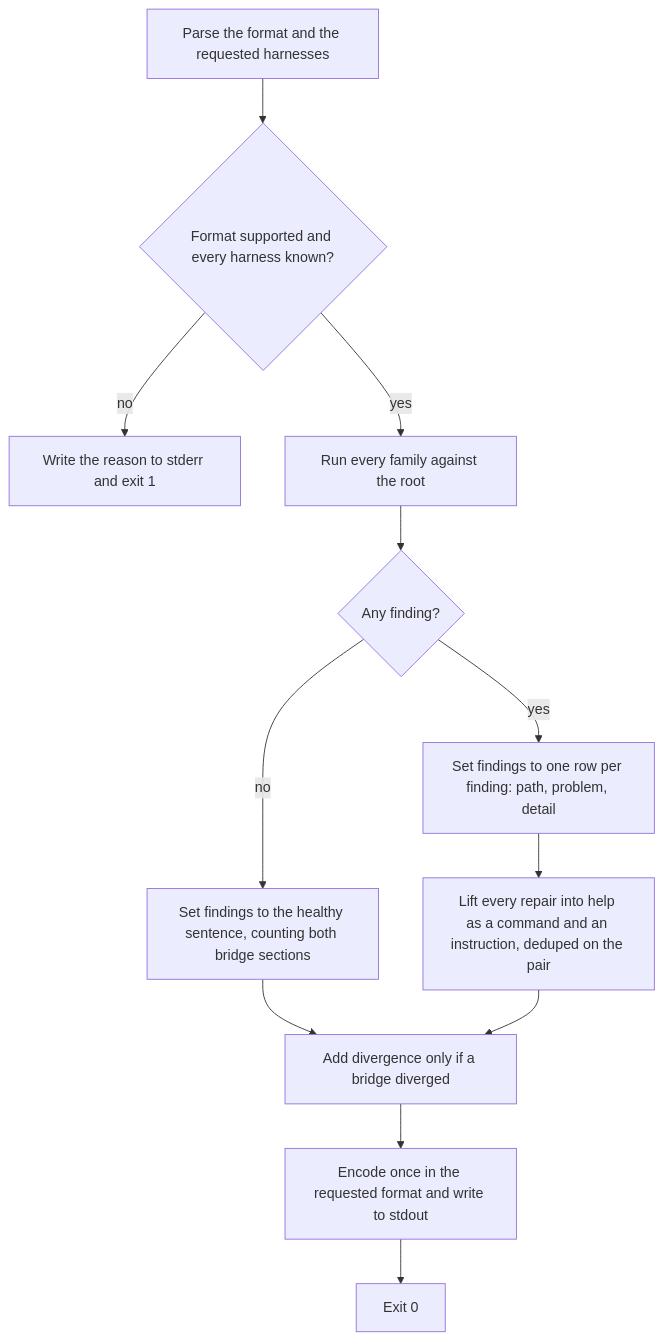
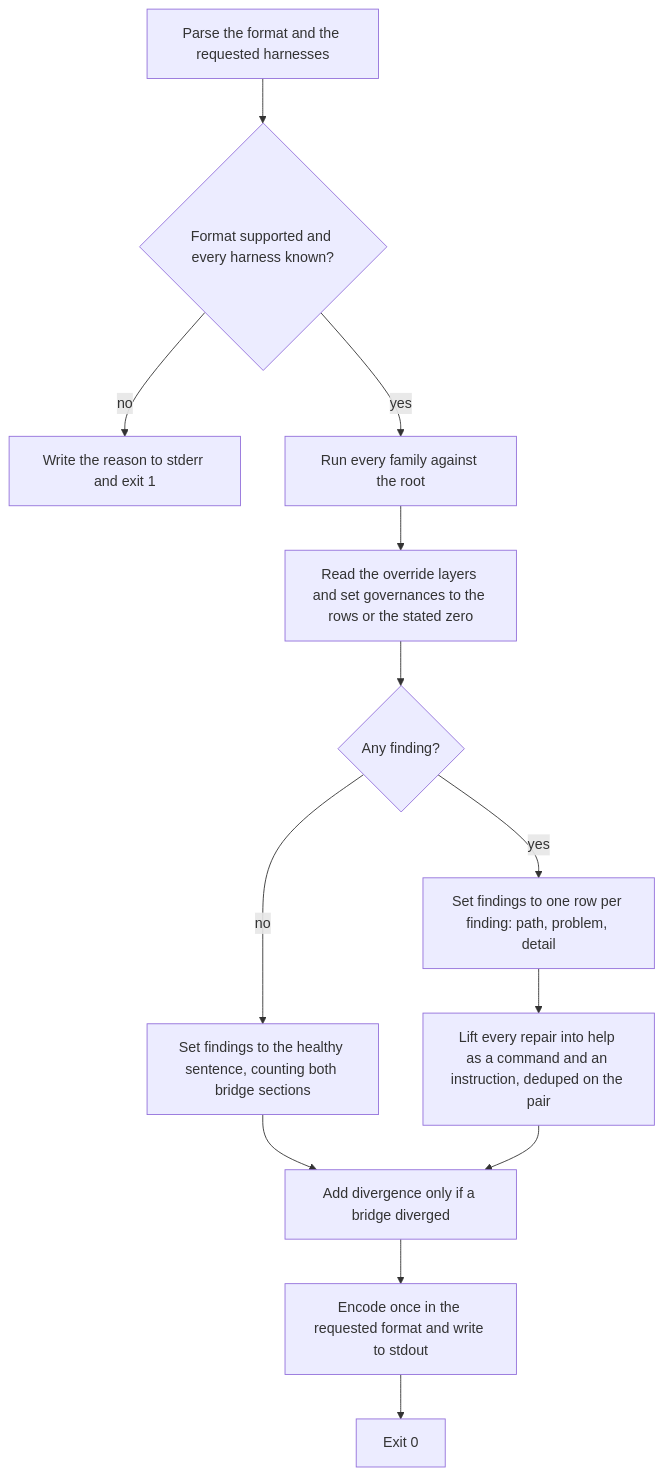
The diagram in packages/buddy-agent-harness/.agents/spec/cli/diagnosis-report/README.md (repobuddy/buddy-agent-harness), drawn with Mermaid before and after one commit. The commit also changed other lines of this file and 33 other files, not shown here.

First line of the commit message:
feat(governance): own the override layers and the governance command

````diff
--- a/packages/buddy-agent-harness/.agents/spec/cli/diagnosis-report/README.md
+++ b/packages/buddy-agent-harness/.agents/spec/cli/diagnosis-report/README.md
@@ -99,14 +107,15 @@
 ```mermaid
 flowchart TD
   A[Parse the format and the requested harnesses] --> B{Format supported and every harness known?}
   B -->|no| C[Write the reason to stderr and exit 1]
   B -->|yes| D[Run every family against the root]
-  D --> E{Any finding?}
+  D --> D2[Read the override layers and set governances to the rows or the stated zero]
+  D2 --> E{Any finding?}
   E -->|no| F[Set findings to the healthy sentence, counting both bridge sections]
   E -->|yes| G[Set findings to one row per finding: path, problem, detail]
   G --> H[Lift every repair into help as a command and an instruction, deduped on the pair]
   F --> I[Add divergence only if a bridge diverged]
   H --> I
   I --> J[Encode once in the requested format and write to stdout]
   J --> K[Exit 0]
 ```
````
